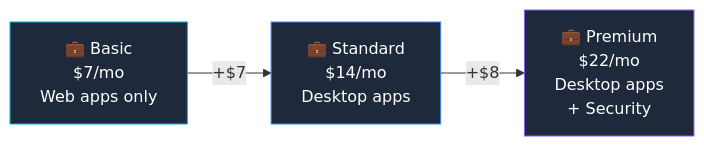
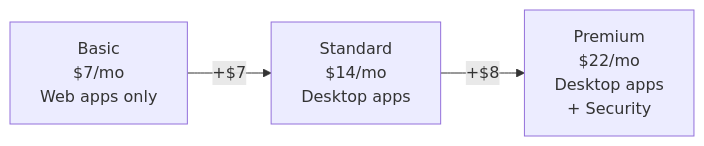
One commit to susanthgit/aguidetocloud-revamp changed the diagram in content/licensing/microsoft-365-business-standard.md. Above: the diagram before and after it, drawn with Mermaid. The commit also changed 553 other files, not shown here.

First line of the commit message:
🌸 Z17: Zen Mermaid diagrams — Stripe Docs style

````diff
--- a/content/licensing/microsoft-365-business-standard.md
+++ b/content/licensing/microsoft-365-business-standard.md
@@ -45,11 +45,8 @@
 ```mermaid
 flowchart LR
-    BAS["💼 Basic\n$7/mo\nWeb apps only"]
-    STD["💼 Standard\n$14/mo\nDesktop apps"]
-    PRE["💼 Premium\n$22/mo\nDesktop apps\n+ Security"]
+    BAS["Basic<br/>$7/mo<br/>Web apps only"]
+    STD["Standard<br/>$14/mo<br/>Desktop apps"]
+    PRE["Premium<br/>$22/mo<br/>Desktop apps<br/>+ Security"]
     BAS -->|"+$7"| STD
     STD -->|"+$8"| PRE
-    style BAS fill:#1e293b,stroke:#06b6d4,color:#ffffff
-    style STD fill:#1e293b,stroke:#3b82f6,color:#ffffff
-    style PRE fill:#1e293b,stroke:#8b5cf6,color:#ffffff
 ```
````
